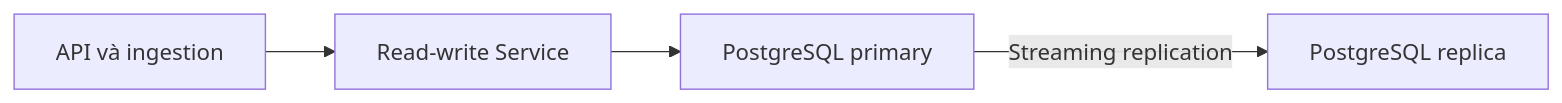
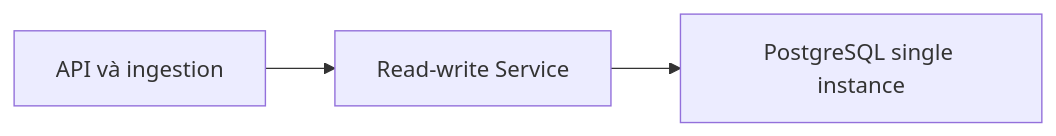
Before and after one commit to ngochai2909/kuberag-platform: the fifth of 10 diagrams in docs/ARCHITECTURE.md, drawn with Mermaid. The commit also changed other lines of this file and 7 other files, not shown here.

````diff
--- a/docs/ARCHITECTURE.md
+++ b/docs/ARCHITECTURE.md
@@ -174,6 +173,5 @@
 ```mermaid
 flowchart LR
     Apps["API và ingestion"] --> RW["Read-write Service"]
-    RW --> Primary["PostgreSQL primary"]
-    Primary -->|"Streaming replication"| Replica["PostgreSQL replica"]
+    RW --> PG["PostgreSQL single instance"]
 ```
````
